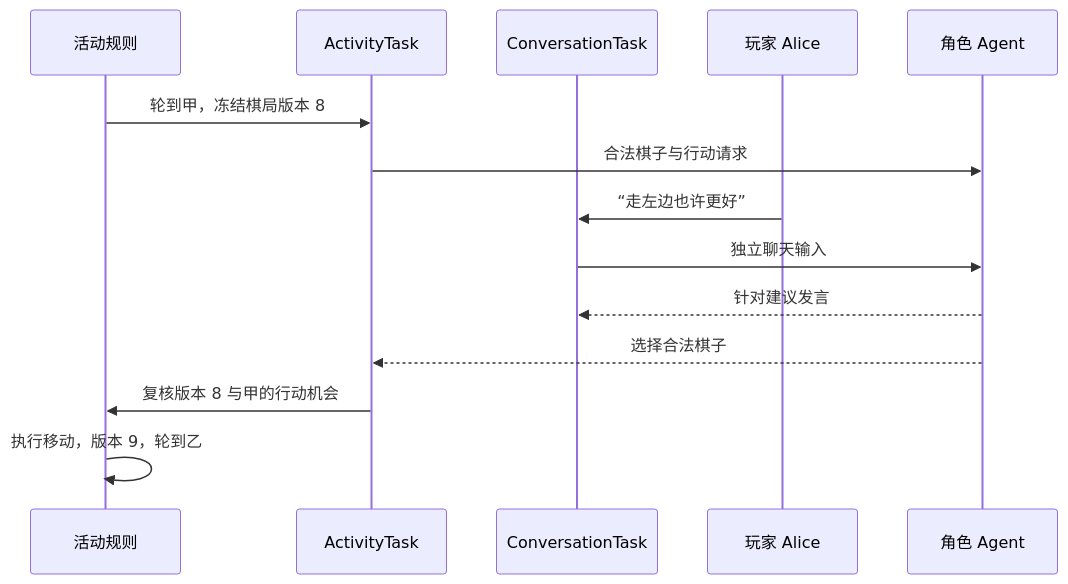
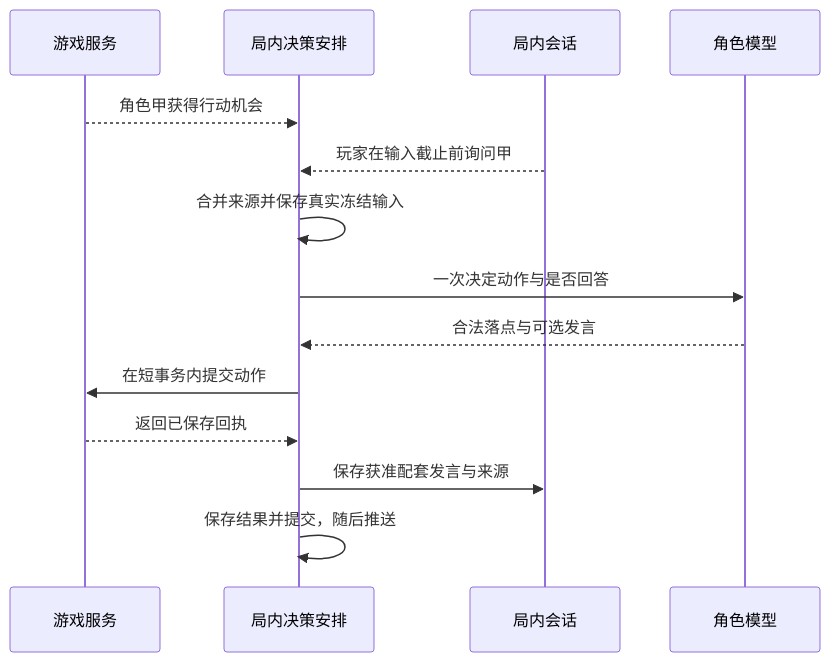
The diagram in server/docs/design/activity-integration.md (Weilan0811/echo-commons), drawn with Mermaid before and after one commit. The commit also changed other lines of this file and 56 other files, not shown here.

````diff
--- a/server/docs/design/activity-integration.md
+++ b/server/docs/design/activity-integration.md
@@ -45,16 +181,16 @@
 ```mermaid
 sequenceDiagram
-  participant Rules as 活动规则
-  participant AT as ActivityTask
-  participant Chat as ConversationTask
-  participant Alice as 玩家 Alice
-  participant Agent as 角色 Agent
-  Rules->>AT: 轮到甲，冻结棋局版本 8
-  AT->>Agent: 合法棋子与行动请求
-  Alice->>Chat: “走左边也许更好”
-  Chat->>Agent: 独立聊天输入
-  Agent-->>Chat: 针对建议发言
-  Agent-->>AT: 选择合法棋子
-  AT->>Rules: 复核版本 8 与甲的行动机会
-  Rules->>Rules: 执行移动，版本 9，轮到乙
+    participant G as 游戏服务
+    participant P as 局内决策安排
+    participant C as 局内会话
+    participant M as 角色模型
+    G-->>P: 角色甲获得行动机会
+    C-->>P: 玩家在输入截止前询问甲
+    P->>P: 合并来源并保存真实冻结输入
+    P->>M: 一次决定动作与是否回答
+    M-->>P: 合法落点与可选发言
+    P->>G: 在短事务内提交动作
+    G-->>P: 返回已保存回执
+    P->>C: 保存获准配套发言与来源
+    P->>P: 保存结果并提交，随后推送
 ```
````
